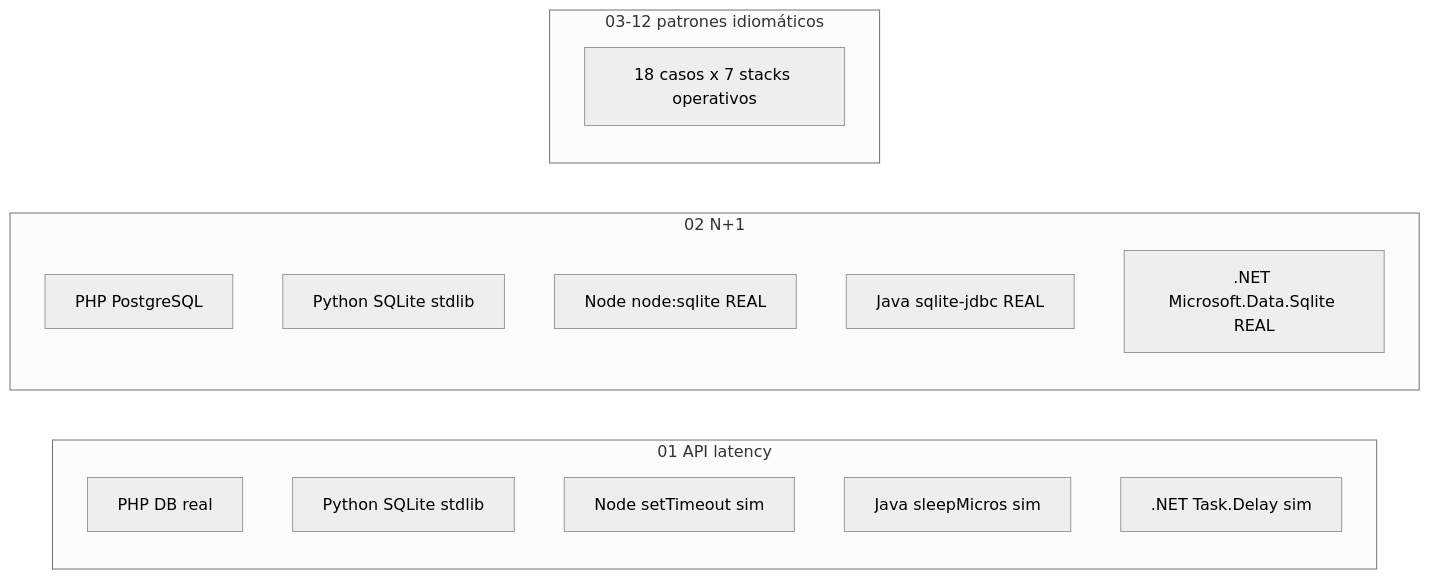
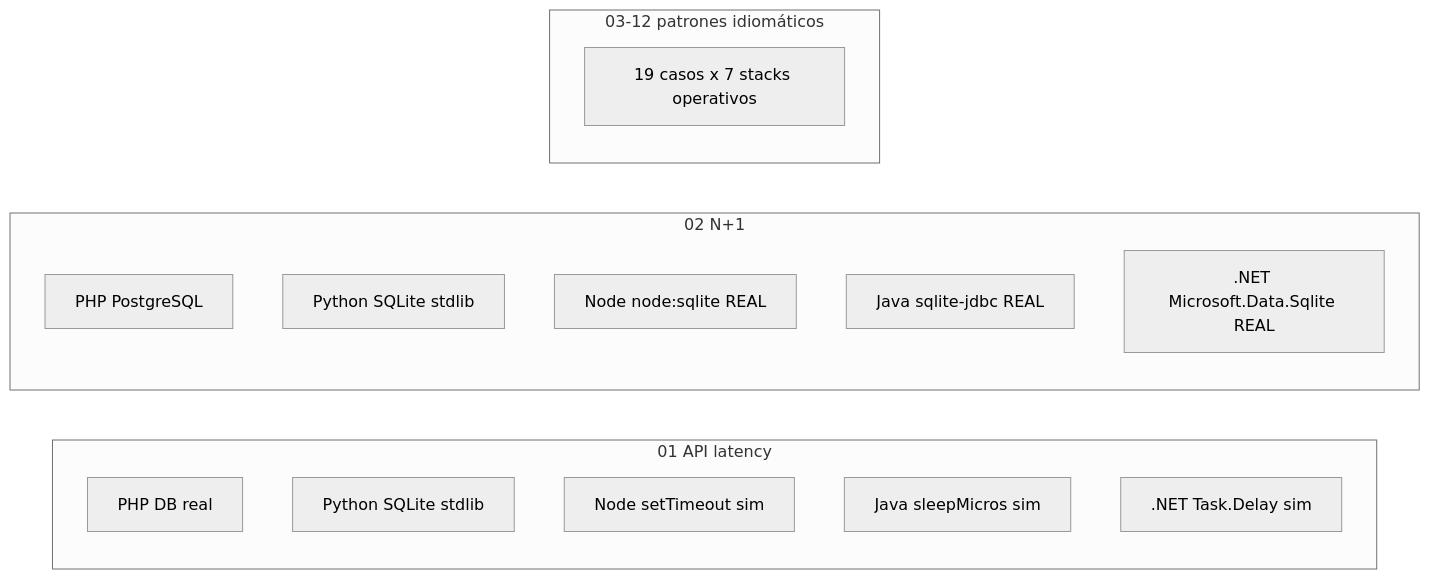
The fourth of 5 diagrams in ARCHITECTURE.md (vladimiracunadev-create/problem-driven-systems-lab), drawn with Mermaid (neutral theme) before and after one commit. The commit also changed other lines of this file and 103 other files, not shown here.

````diff
--- a/ARCHITECTURE.md
+++ b/ARCHITECTURE.md
@@ -217,22 +217,22 @@
 ```mermaid
 graph LR
     subgraph C01[01 API latency]
         C01_PHP[PHP DB real]
         C01_PY[Python SQLite stdlib]
         C01_NODE[Node setTimeout sim]
         C01_JAVA[Java sleepMicros sim]
         C01_NET[.NET Task.Delay sim]
     end
 
     subgraph C02[02 N+1]
         C02_PHP[PHP PostgreSQL]
         C02_PY[Python SQLite stdlib]
         C02_NODE[Node node:sqlite REAL]
         C02_JAVA[Java sqlite-jdbc REAL]
         C02_NET[.NET Microsoft.Data.Sqlite REAL]
     end
 
     subgraph C03_12[03-12 patrones idiomáticos]
-        OTHER[18 casos x 7 stacks operativos]
+        OTHER[19 casos x 7 stacks operativos]
     end
 ```
````
